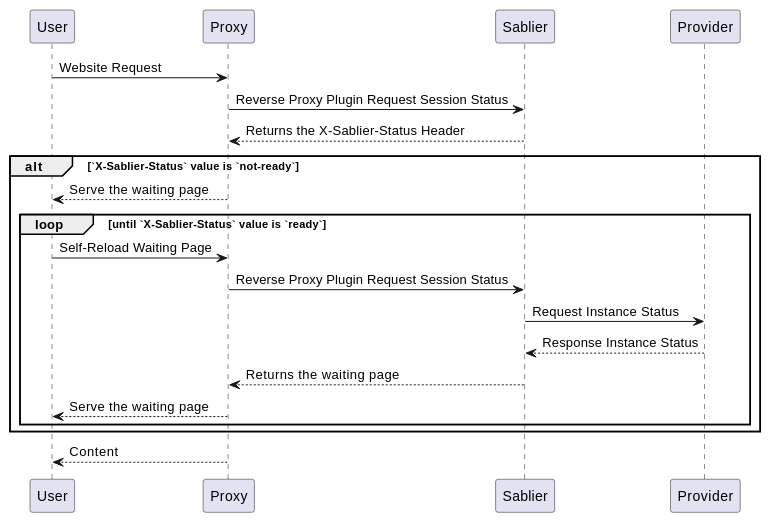
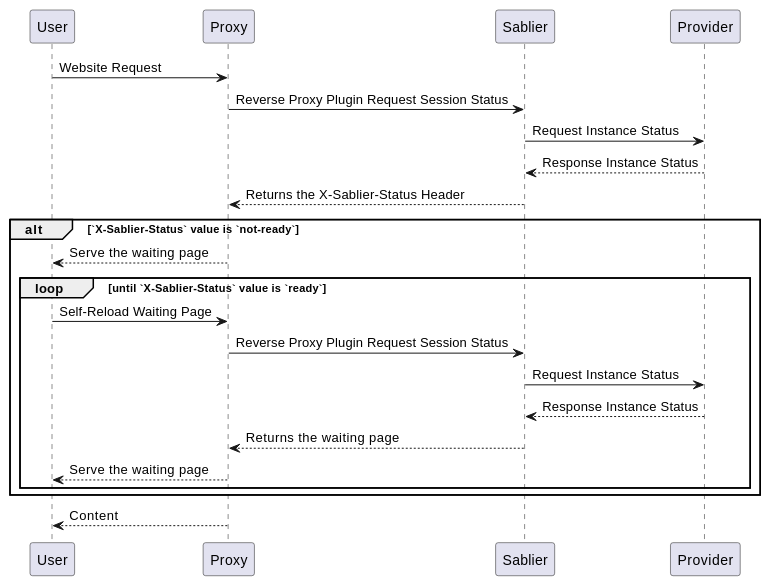
Before and after one commit to acouvreur/sablier: the first of 2 diagrams in docs/strategies.md, drawn with PlantUML. The commit also changed other lines of this file and 7 other files, not shown here.

````diff
--- a/docs/strategies.md
+++ b/docs/strategies.md
@@ -11,25 +13,27 @@
 ```plantuml
 @startuml
 
 User -> Proxy: Website Request
 Proxy -> Sablier: Reverse Proxy Plugin Request Session Status
+Sablier -> Provider: Request Instance Status
+Sablier <-- Provider: Response Instance Status
 Proxy <-- Sablier: Returns the X-Sablier-Status Header
 
 alt `X-Sablier-Status` value is `not-ready`
 
     User <-- Proxy: Serve the waiting page
     loop until `X-Sablier-Status` value is `ready`
         User -> Proxy: Self-Reload Waiting Page
         Proxy -> Sablier: Reverse Proxy Plugin Request Session Status
         Sablier -> Provider: Request Instance Status
         Sablier <-- Provider: Response Instance Status
         Proxy <-- Sablier: Returns the waiting page
         User <-- Proxy: Serve the waiting page
     end
 
 end
 
 User <-- Proxy: Content 
 
 @enduml
 ```
````
